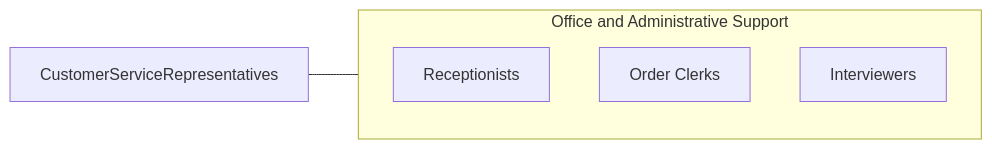
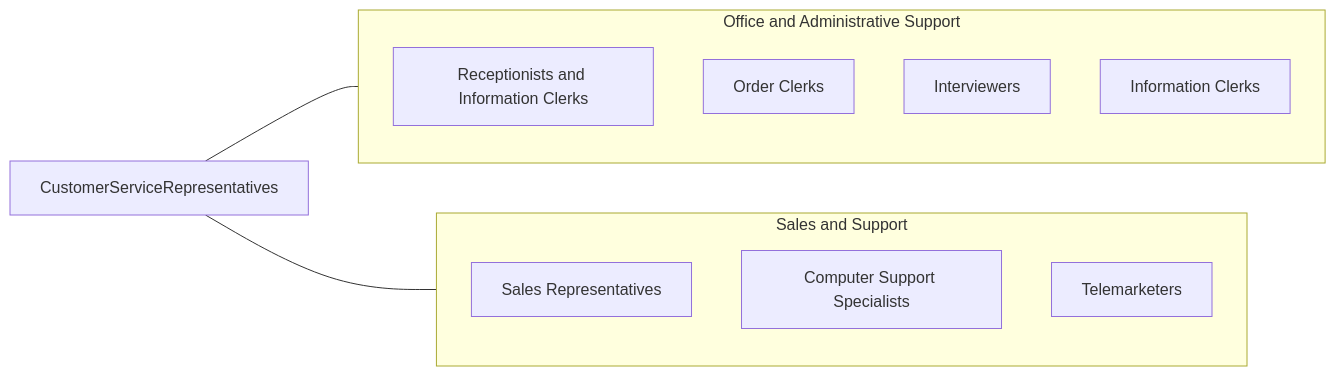
The fourth of 4 diagrams in occupations/Administrative/CustomerServiceRepresentatives.mdx (kziemski/business.org.ai), drawn with Mermaid before and after one commit. The commit also changed other lines of this file and 19 other files, not shown here.

````diff
--- a/occupations/Administrative/CustomerServiceRepresentatives.mdx
+++ b/occupations/Administrative/CustomerServiceRepresentatives.mdx
@@ -101,10 +236,20 @@
 ```mermaid
 graph LR
     Current["CustomerServiceRepresentatives"]
+
     subgraph SameCategory["Office and Administrative Support"]
-        RReceptionists["Receptionists"]
-        ROrderClerks["Order Clerks"]
-        RInterviewers["Interviewers"]
+        Receptionists["Receptionists and Information Clerks"]
+        OrderClerks["Order Clerks"]
+        Interviewers["Interviewers"]
+        InformationClerks["Information Clerks"]
     end
+
+    subgraph CrossFunctional["Sales and Support"]
+        SalesReps["Sales Representatives"]
+        TechSupport["Computer Support Specialists"]
+        TelemarketingSRs["Telemarketers"]
+    end
+
     Current --- SameCategory
+    Current --- CrossFunctional
 ```
````
